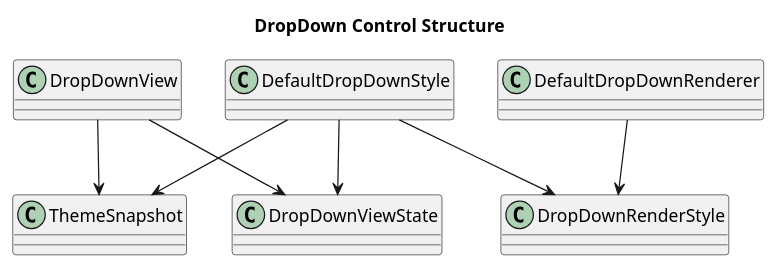
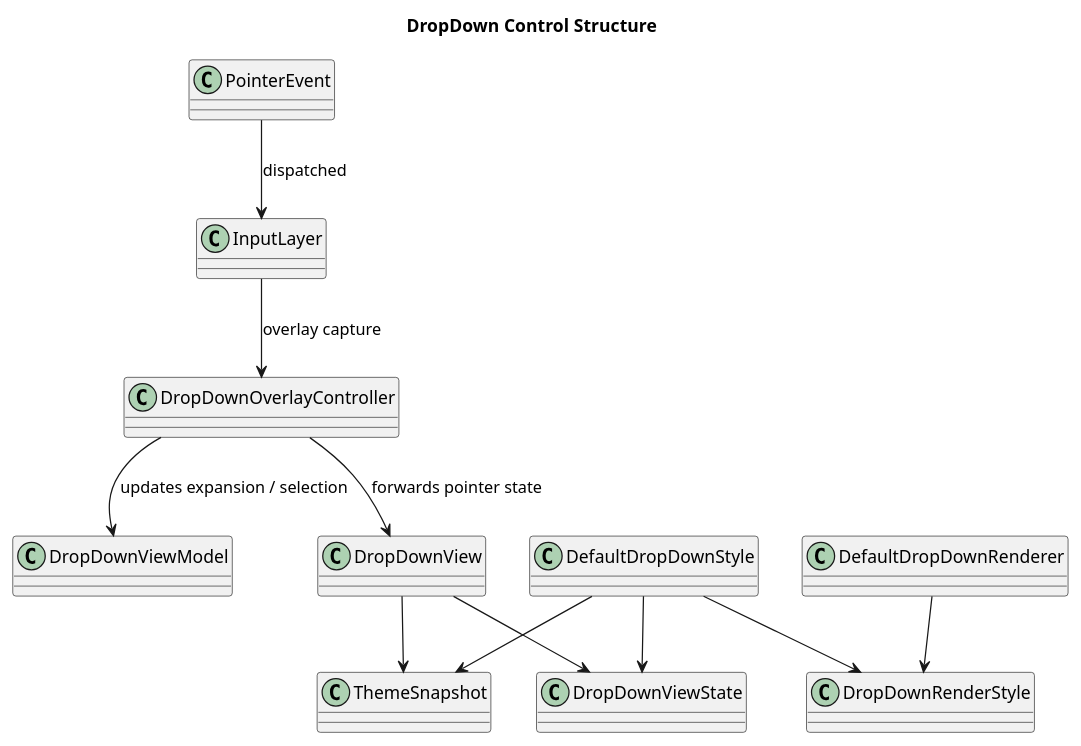
The diagram in docs/uml/control_dropdown.puml (cdpoloz/cpz-mvvm-processing-controls), drawn with PlantUML before and after one commit. The commit also changed 13 other files, not shown here.

```diff
--- a/docs/uml/control_dropdown.puml
+++ b/docs/uml/control_dropdown.puml
@@ -1,19 +1,27 @@
 @startuml
 title DropDown Control Structure
 skinparam packageStyle rectangle
 skinparam shadowing false
 
+class PointerEvent
+class InputLayer
+class DropDownOverlayController
+class DropDownViewModel
 class DropDownView
 class DropDownViewState
 class DefaultDropDownStyle
 class DropDownRenderStyle
 class DefaultDropDownRenderer
 class ThemeSnapshot
 
+PointerEvent --> InputLayer : dispatched
+InputLayer --> DropDownOverlayController : overlay capture
+DropDownOverlayController --> DropDownView : forwards pointer state
+DropDownOverlayController --> DropDownViewModel : updates expansion / selection
 DropDownView --> DropDownViewState
 DropDownView --> ThemeSnapshot
 DefaultDropDownStyle --> DropDownViewState
 DefaultDropDownStyle --> ThemeSnapshot
 DefaultDropDownStyle --> DropDownRenderStyle
 DefaultDropDownRenderer --> DropDownRenderStyle
 @enduml
```
